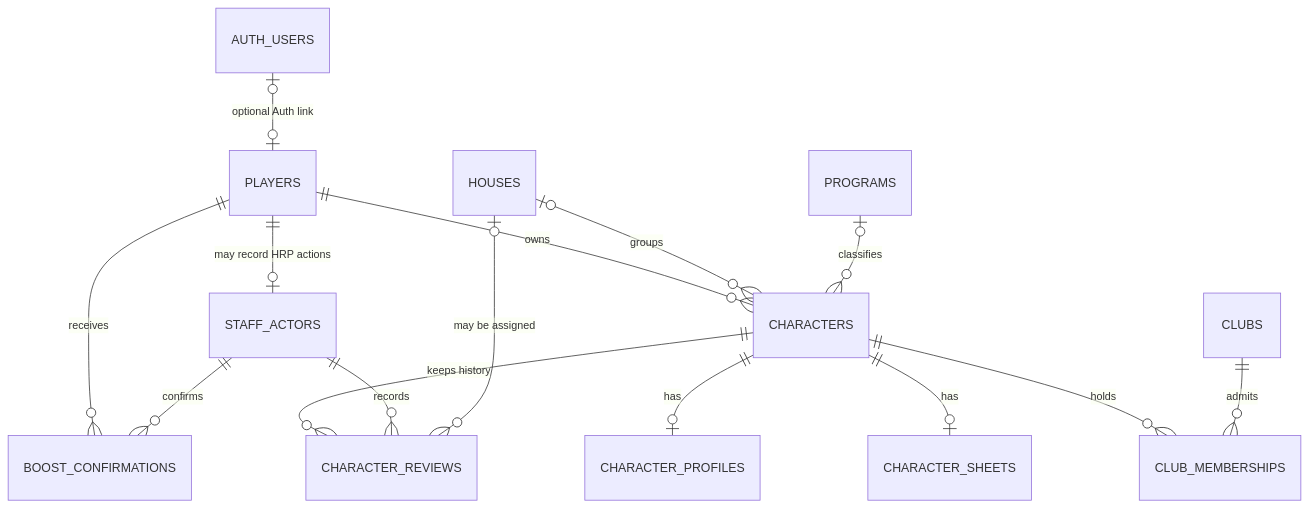
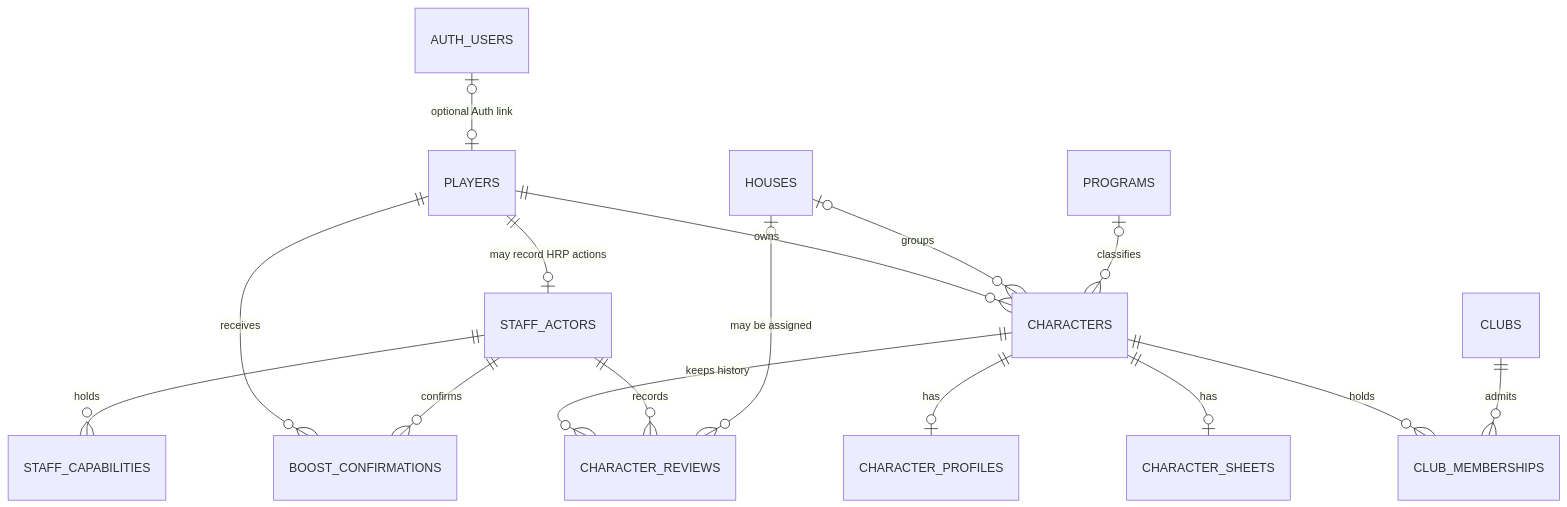
The diagram in docs/DATABASE_SCHEMA.md (harvard-rp/hu-api), drawn with Mermaid before and after one commit. The commit also changed other lines of this file and 22 other files, not shown here.

````diff
--- a/docs/DATABASE_SCHEMA.md
+++ b/docs/DATABASE_SCHEMA.md
@@ -7,18 +7,19 @@
 ```mermaid
 erDiagram
     direction TB
     AUTH_USERS o|--o| PLAYERS : "optional Auth link"
     PLAYERS ||--o| STAFF_ACTORS : "may record HRP actions"
+    STAFF_ACTORS ||--o{ STAFF_CAPABILITIES : holds
     PLAYERS ||--o{ BOOST_CONFIRMATIONS : receives
     STAFF_ACTORS ||--o{ BOOST_CONFIRMATIONS : confirms
     PLAYERS ||--o{ CHARACTERS : owns
     CHARACTERS ||--o| CHARACTER_PROFILES : has
     CHARACTERS ||--o| CHARACTER_SHEETS : has
     CHARACTERS ||--o{ CHARACTER_REVIEWS : "keeps history"
     STAFF_ACTORS ||--o{ CHARACTER_REVIEWS : records
     HOUSES o|--o{ CHARACTER_REVIEWS : "may be assigned"
     HOUSES o|--o{ CHARACTERS : groups
     PROGRAMS o|--o{ CHARACTERS : classifies
     CHARACTERS ||--o{ CLUB_MEMBERSHIPS : holds
     CLUBS ||--o{ CLUB_MEMBERSHIPS : admits
 ```
````
